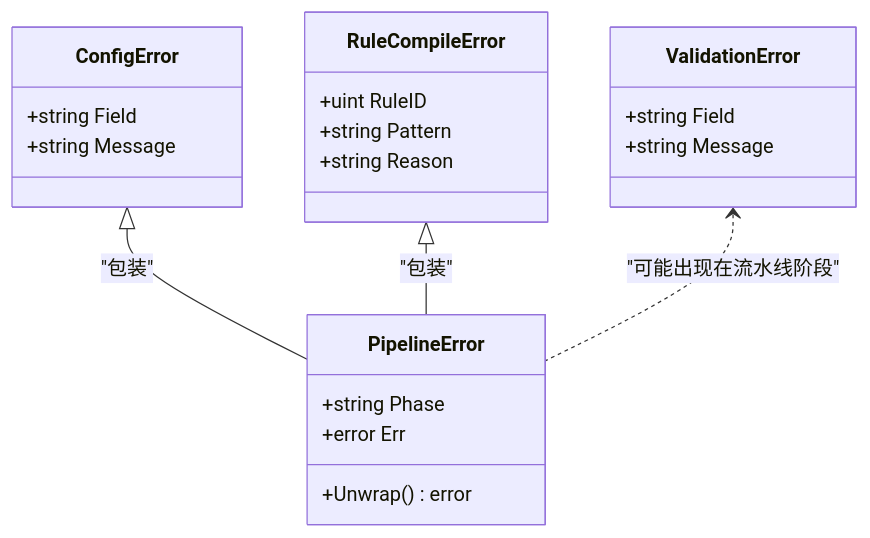
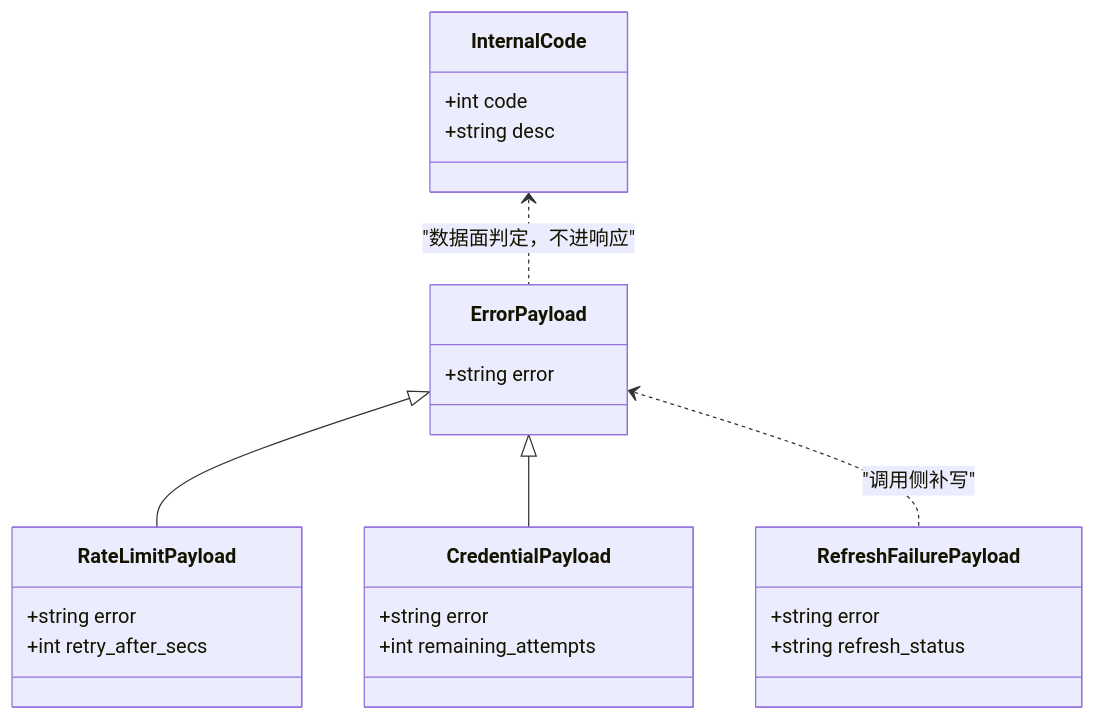
The second of 5 diagrams in docs/管理 API 系统/REST API 设计规范/错误处理机制.md (x01n/My-OpenWaf), drawn with Mermaid before and after one commit. The commit also changed other lines of this file and 622 other files, not shown here.

````diff
--- a/docs/管理 API 系统/REST API 设计规范/错误处理机制.md
+++ b/docs/管理 API 系统/REST API 设计规范/错误处理机制.md
@@ -167,24 +124,26 @@
 ```mermaid
 classDiagram
-class ConfigError {
-+string Field
-+string Message
+class ErrorPayload {
++string error
 }
-class RuleCompileError {
-+uint RuleID
-+string Pattern
-+string Reason
+class RateLimitPayload {
++string error
++int retry_after_secs
 }
-class PipelineError {
-+string Phase
-+error Err
-+Unwrap() error
+class CredentialPayload {
++string error
++int remaining_attempts
 }
-class ValidationError {
-+string Field
-+string Message
+class RefreshFailurePayload {
++string error
++string refresh_status
 }
-ConfigError <|-- PipelineError : "包装"
-RuleCompileError <|-- PipelineError : "包装"
-ValidationError <.. PipelineError : "可能出现在流水线阶段"
+class InternalCode {
++int code
++string desc
+}
+ErrorPayload <|-- RateLimitPayload
+ErrorPayload <|-- CredentialPayload
+ErrorPayload <.. RefreshFailurePayload : "调用侧补写"
+InternalCode <.. ErrorPayload : "数据面判定，不进响应"
 ```
````
